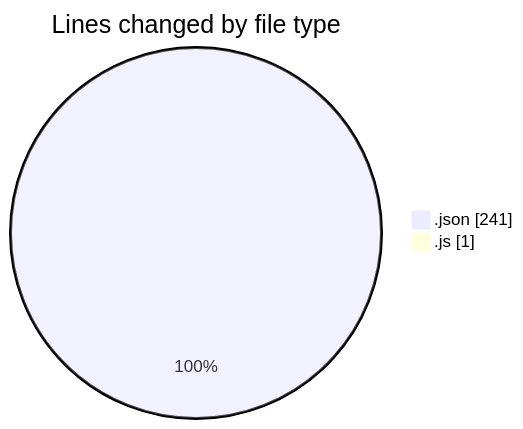
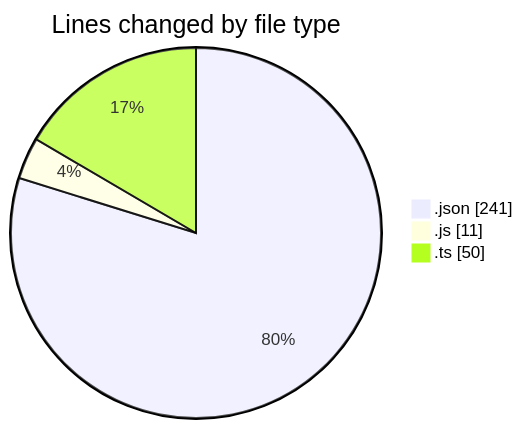
One commit to momahboobian/code-tracking changed the first of 2 diagrams in 2025-05-12/news-clock-system-caspercg/README.md. Above: the diagram before and after it, drawn with Mermaid. The commit also changed other lines of this file and 1 other file, not shown here.

````diff
--- a/2025-05-12/news-clock-system-caspercg/README.md
+++ b/2025-05-12/news-clock-system-caspercg/README.md
@@ -22,6 +23,7 @@
 ```mermaid
 pie showData
 title Lines changed by file type
 ".json" : 241
-".js" : 1
+".js" : 11
+".ts" : 50
 ```
````
